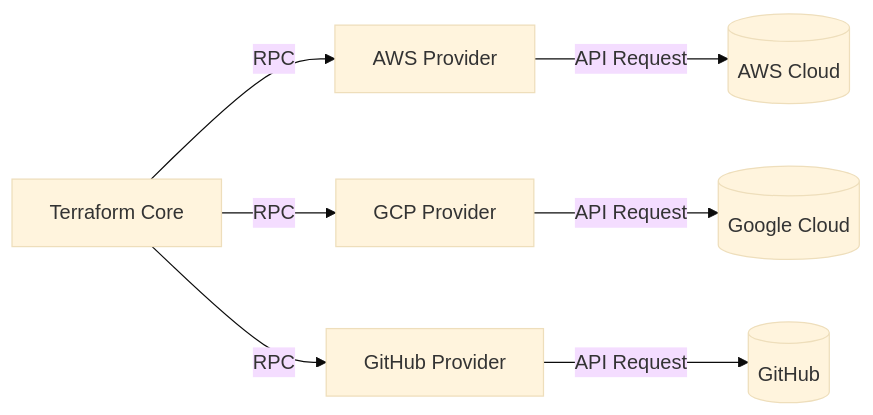
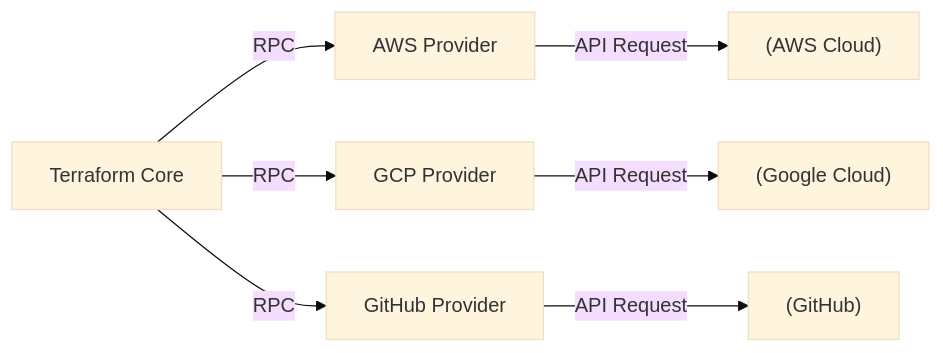
One commit to kenjinote/blog changed the first of 5 diagrams in content/post/iac-infrastructure-as-code-terraform/index.md. Above: the diagram before and after it, drawn with Mermaid (base theme). The commit also changed other lines of this file and 929 other files, not shown here.

Commit message:
fix: Add double quotes to all Mermaid node texts to resolve syntax errors

````diff
--- a/content/post/iac-infrastructure-as-code-terraform/index.md
+++ b/content/post/iac-infrastructure-as-code-terraform/index.md
@@ -66,10 +66,10 @@
 ```mermaid
 flowchart LR
-    TF[Terraform Core] -->|RPC| PA[AWS Provider]
-    TF -->|RPC| PB[GCP Provider]
-    TF -->|RPC| PC[GitHub Provider]
+    TF["Terraform Core"] -->|RPC| PA["AWS Provider"]
+    TF -->|RPC| PB["GCP Provider"]
+    TF -->|RPC| PC["GitHub Provider"]
     
-    PA -->|API Request| AWS[(AWS Cloud)]
-    PB -->|API Request| GCP[(Google Cloud)]
-    PC -->|API Request| GH[(GitHub)]
+    PA -->|API Request| AWS["(AWS Cloud)"]
+    PB -->|API Request| GCP["(Google Cloud)"]
+    PC -->|API Request| GH["(GitHub)"]
 ```
````
